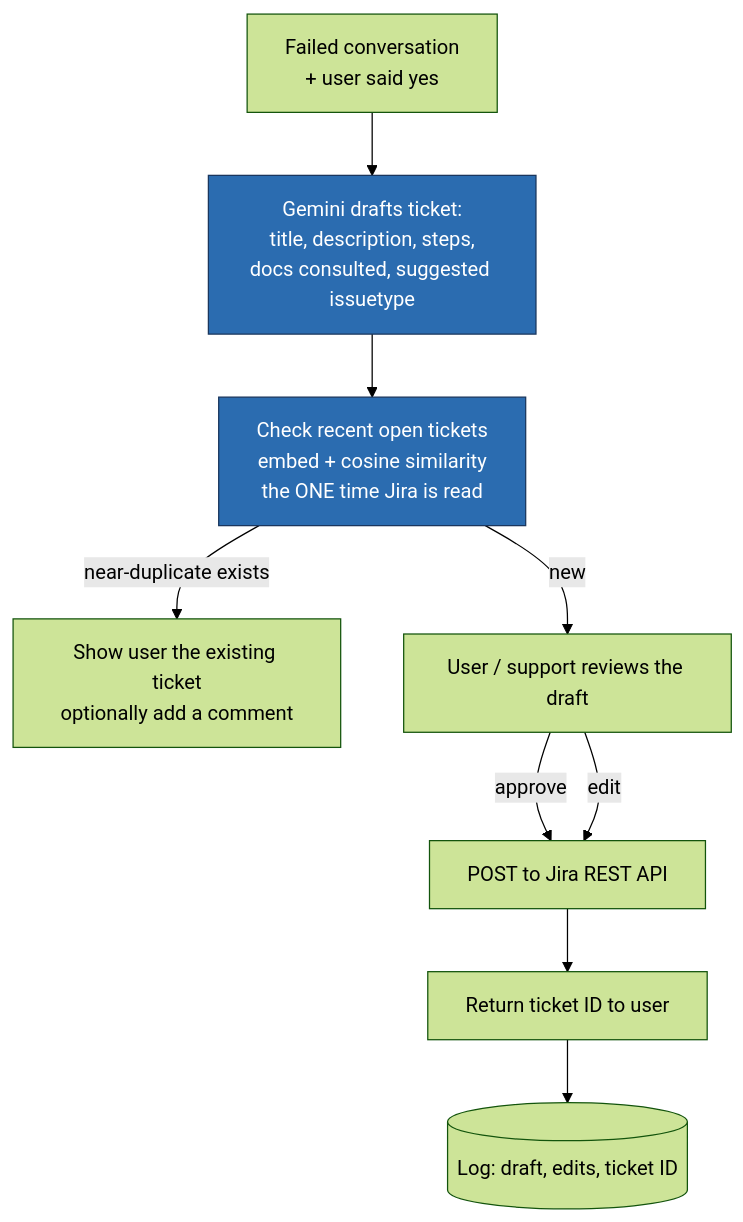
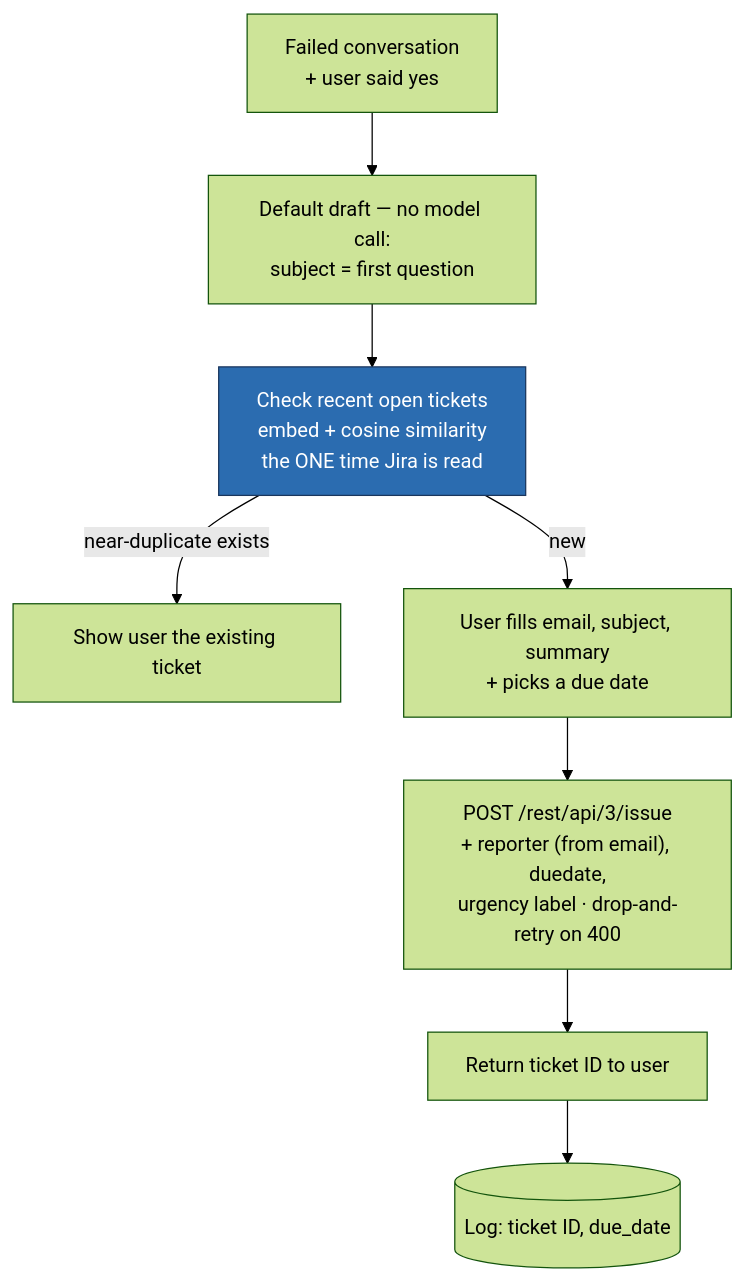
Before and after one commit to troymerales/sugbo-chatbot: the fifth of 11 diagrams in docs/SugboDoc-Chatbot-Flowchart.md, drawn with Mermaid (forest theme). The commit also changed other lines of this file and 15 other files, not shown here.

````diff
--- a/docs/SugboDoc-Chatbot-Flowchart.md
+++ b/docs/SugboDoc-Chatbot-Flowchart.md
@@ -150,14 +147,12 @@
 ```mermaid
 flowchart TD
-    C[Failed conversation<br/>+ user said yes] --> DRAFT[Gemini drafts ticket:<br/>title, description, steps,<br/>docs consulted, suggested issuetype]
+    C[Failed conversation<br/>+ user said yes] --> DRAFT[Default draft — no model call:<br/>subject = first question]
     DRAFT --> DEDUP[Check recent open tickets<br/>embed + cosine similarity<br/>the ONE time Jira is read]
-    DEDUP -->|near-duplicate exists| LINK[Show user the existing ticket<br/>optionally add a comment]
-    DEDUP -->|new| REVIEW[User / support reviews the draft]
-    REVIEW -->|approve| CREATE[POST to Jira REST API]
-    REVIEW -->|edit| CREATE
+    DEDUP -->|near-duplicate exists| LINK[Show user the existing ticket]
+    DEDUP -->|new| REVIEW[User fills email, subject, summary<br/>+ picks a due date]
+    REVIEW --> CREATE["POST /rest/api/3/issue<br/>+ reporter (from email), duedate,<br/>urgency label · drop-and-retry on 400"]
     CREATE --> ID[Return ticket ID to user]
-    ID --> LOG[(Log: draft, edits, ticket ID)]
+    ID --> LOG[(Log: ticket ID, due_date)]
 
-    style DRAFT fill:#2b6cb0,stroke:#1a365d,color:#fff
     style DEDUP fill:#2b6cb0,stroke:#1a365d,color:#fff
 ```
````
